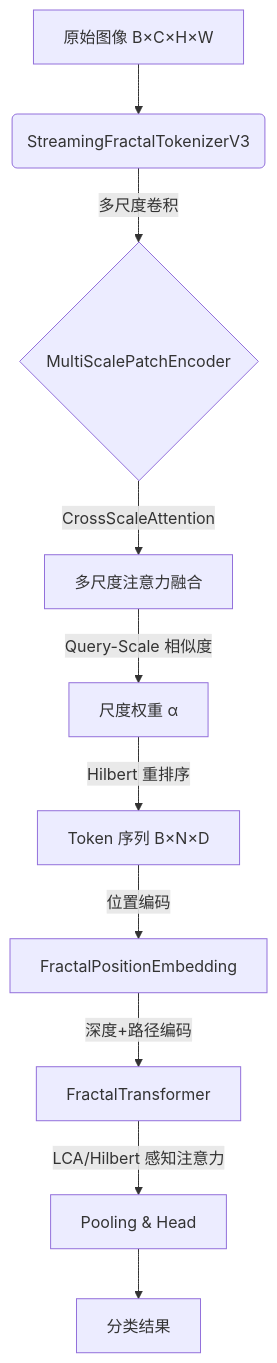
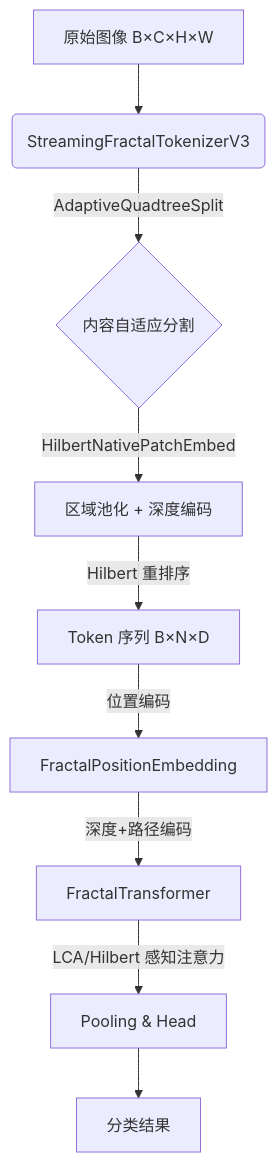
One commit to LoopyBrainie/fractal-curve-tokenizer changed the diagram in documents/00_introduction.md. Above: the diagram before and after it, drawn with Mermaid. The commit also changed other lines of this file and 8 other files, not shown here.

First line of the commit message:
Refactor documentation and codebase for Variable Depth Tokens architecture

````diff
--- a/documents/00_introduction.md
+++ b/documents/00_introduction.md
@@ -12,12 +12,11 @@
 ```mermaid
 graph TD
     A[原始图像 B×C×H×W] --> B(StreamingFractalTokenizerV3);
-    B -->|多尺度卷积| C{MultiScalePatchEncoder};
-    C -->|CrossScaleAttention| D[多尺度注意力融合];
-    D -->|Query-Scale 相似度| E[尺度权重 α];
-    E -->|Hilbert 重排序| F[Token 序列 B×N×D];
-    F -->|位置编码| G[FractalPositionEmbedding];
-    G -->|深度+路径编码| H[FractalTransformer];
-    H -->|LCA/Hilbert 感知注意力| I[Pooling & Head];
-    I --> J[分类结果];
+    B -->|AdaptiveQuadtreeSplit| C{内容自适应分割};
+    C -->|HilbertNativePatchEmbed| D[区域池化 + 深度编码];
+    D -->|Hilbert 重排序| E[Token 序列 B×N×D];
+    E -->|位置编码| F[FractalPositionEmbedding];
+    F -->|深度+路径编码| G[FractalTransformer];
+    G -->|LCA/Hilbert 感知注意力| H[Pooling & Head];
+    H --> I[分类结果];
 ```
````
